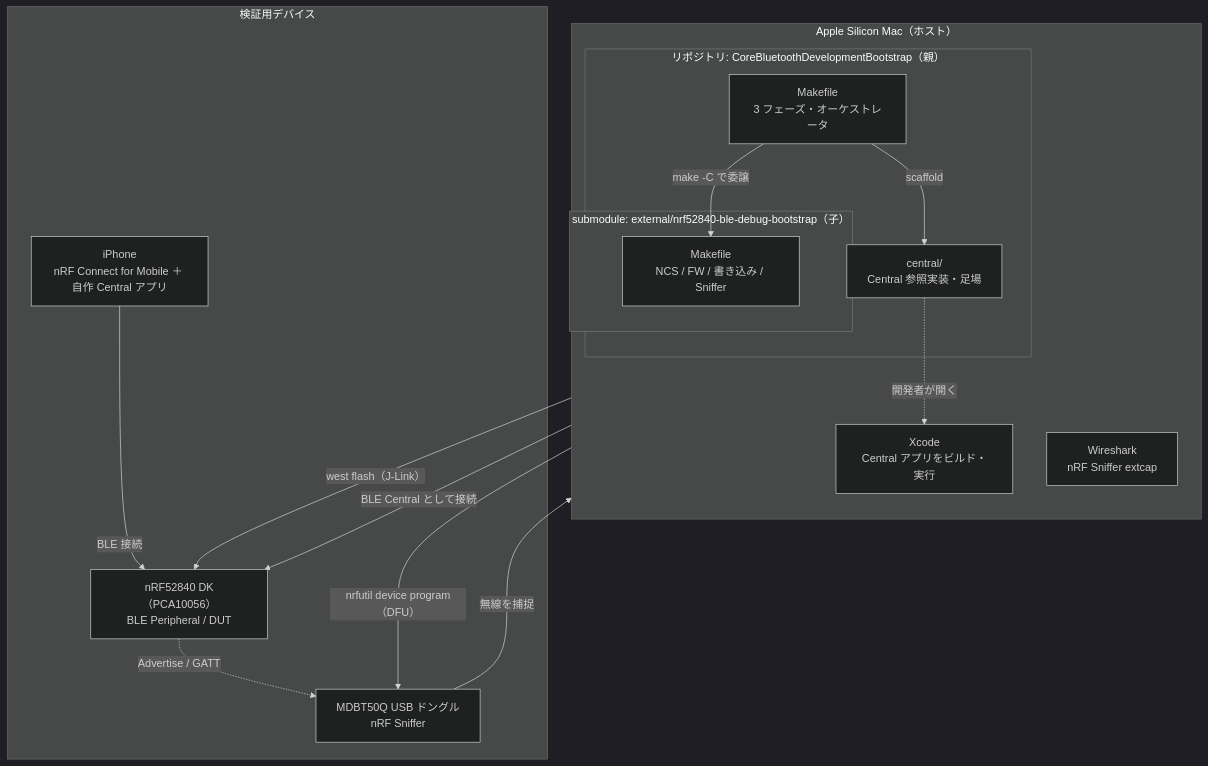
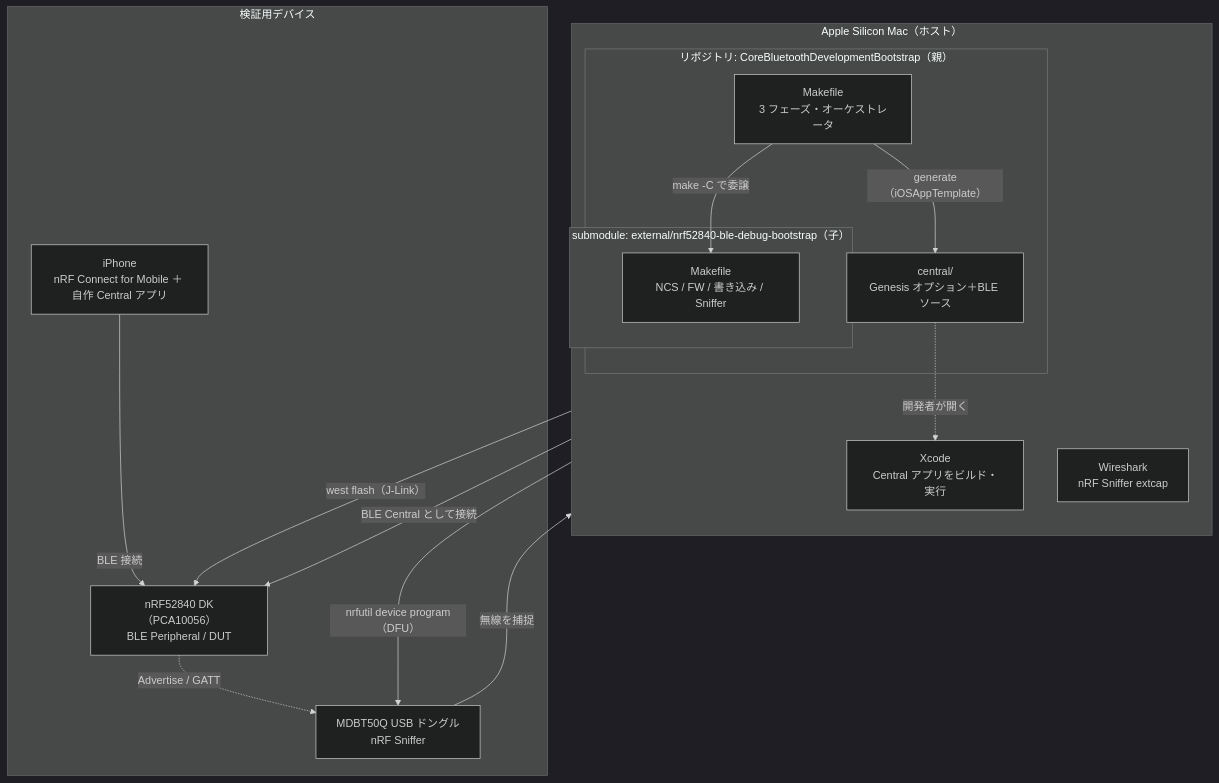
Before and after one commit to kokiTakashiki/CoreBluetoothDevelopmentBootstrap: the first of 4 diagrams in docs/DESIGN-001.md, drawn with Mermaid (dark theme). The commit also changed other lines of this file and 7 other files, not shown here.

First line of the commit message:
refactor(central): iOSAppTemplate を実装フェーズで実行する方式へ（生成物は vendor しない）

````diff
--- a/docs/DESIGN-001.md
+++ b/docs/DESIGN-001.md
@@ -51,31 +51,31 @@
 ```mermaid
 flowchart TB
     subgraph host["Apple Silicon Mac（ホスト）"]
         direction TB
         subgraph parent["リポジトリ: CoreBluetoothDevelopmentBootstrap（親）"]
             mk["Makefile<br/>3 フェーズ・オーケストレータ"]
-            central["central/<br/>Central 参照実装・足場"]
+            central["central/<br/>Genesis オプション＋BLE ソース"]
             subgraph sub["submodule: external/nrf52840-ble-debug-bootstrap（子）"]
                 cmk["Makefile<br/>NCS / FW / 書き込み / Sniffer"]
             end
             mk -->|"make -C で委譲"| cmk
-            mk -->|scaffold| central
+            mk -->|"generate（iOSAppTemplate）"| central
         end
         xcode["Xcode<br/>Central アプリをビルド・実行"]
         wireshark["Wireshark<br/>nRF Sniffer extcap"]
         central -.->|開発者が開く| xcode
     end
 
     subgraph devices["検証用デバイス"]
         dk["nRF52840 DK（PCA10056）<br/>BLE Peripheral / DUT"]
         dongle["MDBT50Q USB ドングル<br/>nRF Sniffer"]
         iphone["iPhone<br/>nRF Connect for Mobile ＋ 自作 Central アプリ"]
     end
 
     cmk -->|"west flash（J-Link）"| dk
     cmk -->|"nrfutil device program（DFU）"| dongle
     xcode -->|"BLE Central として接続"| dk
     iphone -->|"BLE 接続"| dk
     dongle -->|"無線を捕捉"| wireshark
     dk -.->|"Advertise / GATT"| dongle
 ```
````
